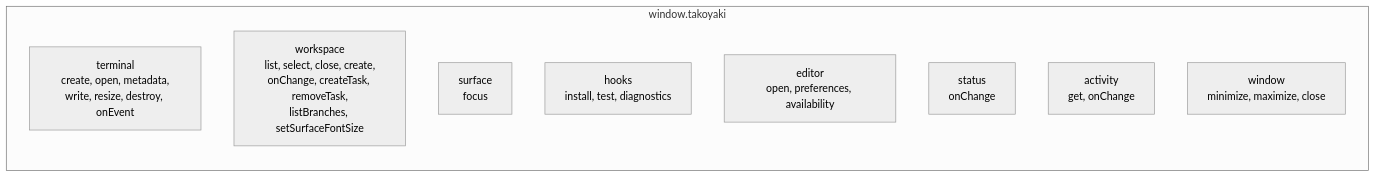
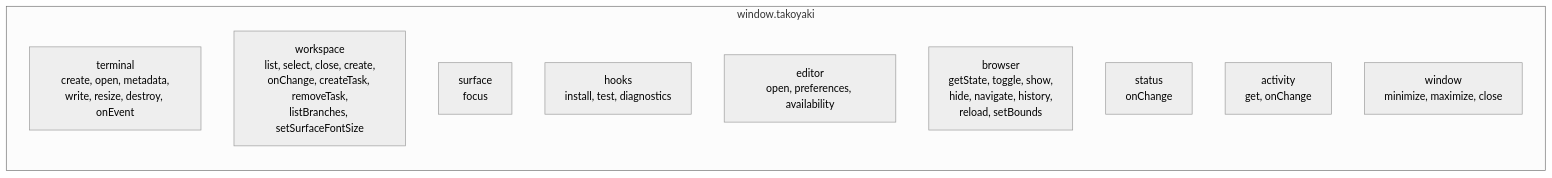
The tenth of 13 diagrams in docs/ARCHITECTURE.md (adikuma/takoyaki), drawn with Mermaid (neutral theme) before and after one commit. The commit also changed other lines of this file and 18 other files, not shown here.

````diff
--- a/docs/ARCHITECTURE.md
+++ b/docs/ARCHITECTURE.md
@@ -156,13 +195,14 @@
 ```mermaid
 graph LR
     subgraph window.takoyaki
         terminal["terminal<br/>create, open, metadata,<br/>write, resize, destroy, onEvent"]
         workspace["workspace<br/>list, select, close, create,<br/>onChange, createTask, removeTask,<br/>listBranches, setSurfaceFontSize"]
         surface["surface<br/>focus"]
         hooks["hooks<br/>install, test, diagnostics"]
         editor["editor<br/>open, preferences, availability"]
+        browser["browser<br/>getState, toggle, show,<br/>hide, navigate, history,<br/>reload, setBounds"]
         status["status<br/>onChange"]
         activity["activity<br/>get, onChange"]
         window["window<br/>minimize, maximize, close"]
     end
 ```
````
